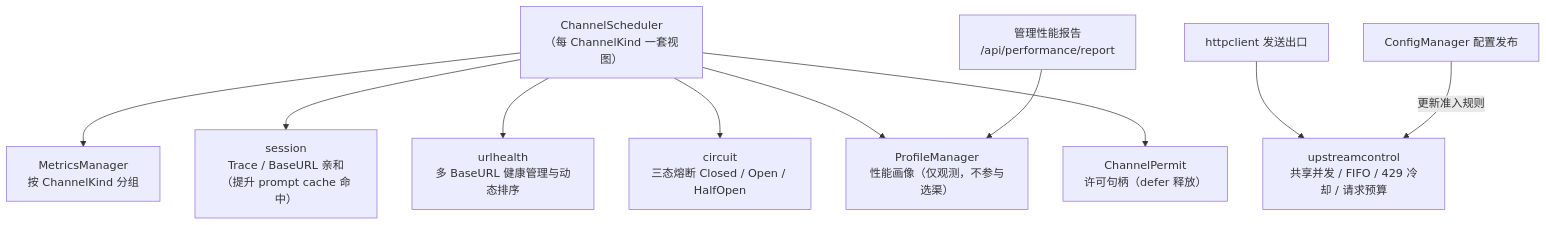
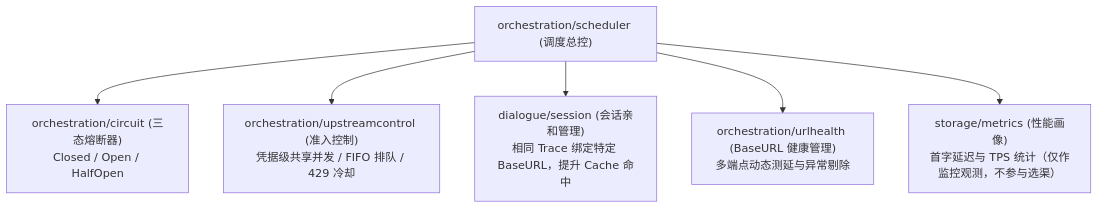
One commit to insistanan/api-proxy changed the third of 3 diagrams in docs/架构说明.md. Above: the diagram before and after it, drawn with Mermaid. The commit also changed other lines of this file and 8 other files, not shown here.

````diff
--- a/docs/架构说明.md
+++ b/docs/架构说明.md
@@ -117,12 +144,8 @@
 ```mermaid
 flowchart TD
-    SCHED["ChannelScheduler<br/>（每 ChannelKind 一套视图）"] --> METRICS["MetricsManager<br/>按 ChannelKind 分组"]
-    SCHED --> SESSION["session<br/>Trace / BaseURL 亲和<br/>（提升 prompt cache 命中）"]
-    SCHED --> URLH["urlhealth<br/>多 BaseURL 健康管理与动态排序"]
-    SCHED --> CIRCUIT["circuit<br/>三态熔断 Closed / Open / HalfOpen"]
-    SCHED --> PROFILE["ProfileManager<br/>性能画像（仅观测，不参与选渠）"]
-    REPORT["管理性能报告<br/>/api/performance/report"] --> PROFILE
-    SCHED --> PERMIT["ChannelPermit<br/>许可句柄（defer 释放）"]
-    SEND["httpclient 发送出口"] --> ADMIT["upstreamcontrol<br/>共享并发 / FIFO / 429 冷却 / 请求预算"]
-    CONFIG["ConfigManager 配置发布"] -->|"更新准入规则"| ADMIT
+    SCHED["orchestration/scheduler (调度总控)"] --> CIRCUIT["orchestration/circuit (三态熔断器)<br/>Closed / Open / HalfOpen"]
+    SCHED --> ADMIT["orchestration/upstreamcontrol (准入控制)<br/>凭据级共享并发 / FIFO 排队 / 429 冷却"]
+    SCHED --> AFFINITY["dialogue/session (会话亲和管理)<br/>相同 Trace 绑定特定 BaseURL，提升 Cache 命中"]
+    SCHED --> URLH["orchestration/urlhealth (BaseURL 健康管理)<br/>多端点动态测延与异常剔除"]
+    SCHED --> PROFILE["storage/metrics (性能画像)<br/>首字延迟与 TPS 统计（仅作监控观测，不参与选渠）"]
 ```
````
